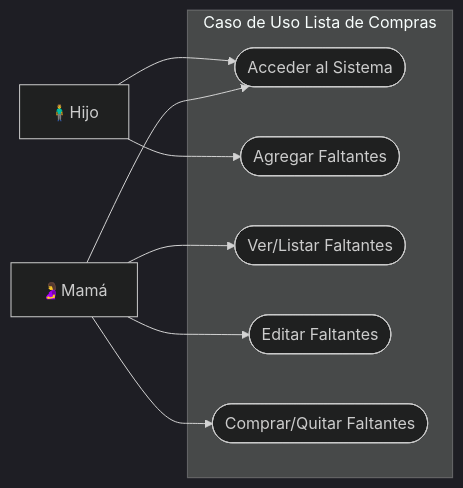
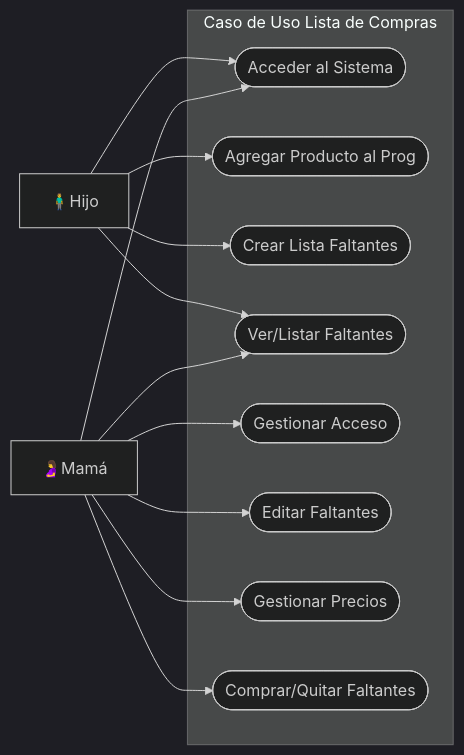
One commit to LocoUnPocoNadaMas/Lista-Compras changed the second of 3 diagrams in README.md. Above: the diagram before and after it, drawn with Mermaid (dark theme). The commit also changed other lines of this file, not shown here.

````diff
--- a/README.md
+++ b/README.md
@@ -323,16 +333,23 @@
 ```mermaid
 flowchart  LR
 subgraph Caso de Uso Lista de Compras
-a([Acceder al Sistema])
-b([Agregar Faltantes])
-c([Ver/Listar Faltantes])
-d([Editar Faltantes])
-e([Comprar/Quitar Faltantes])
+b([Acceder al Sistema])
+c([Agregar Producto al Prog])
+d([Crear Lista Faltantes])
+e([Ver/Listar Faltantes])
+a([Gestionar Acceso])
+f([Editar Faltantes])
+g([Gestionar Precios])
+i([Comprar/Quitar Faltantes])
 end
-h["🧍‍♂️Hijo"]-->  a
-h-->  b
-m["🤰Mamá"]-->  a
-m-->  c
-m-->  d
-m-->  e
+h["🧍‍♂️Hijo"] -->  b
+h -->  c
+h -->  d
+h -->  e
+m["🤰Mamá"] -->  a
+m --> b
+m --> e
+m --> f
+m --> g
+m --> i
 ```
````
